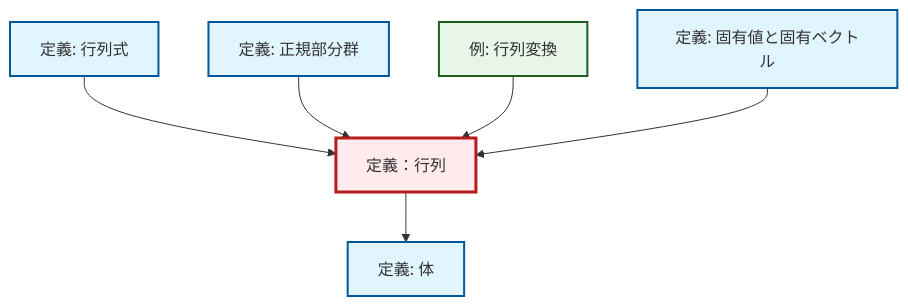
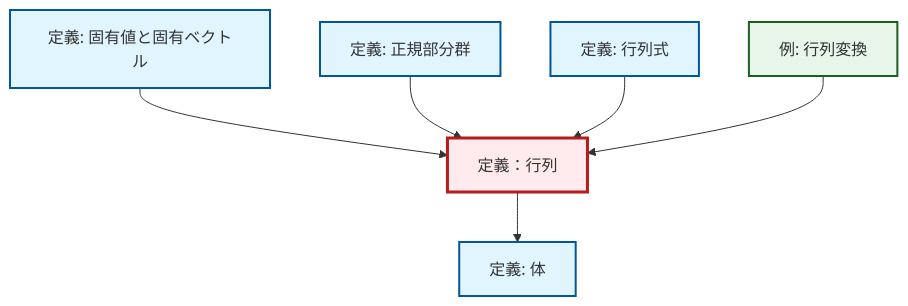
One commit to RK0429/ModernMath changed the diagram in content/ja/algebra/def-matrix.qmd. Above: the diagram before and after it, drawn with Mermaid. The commit also changed 672 other files, not shown here.

````diff
--- a/content/ja/algebra/def-matrix.qmd
+++ b/content/ja/algebra/def-matrix.qmd
@@ -60,26 +60,26 @@
 ```{mermaid}
-%%| fig-cap: "Local dependency graph"
+%%| fig-cap: "ローカル依存関係グラフ"
 graph TD
     classDef definition fill:#e1f5fe,stroke:#01579b,stroke-width:2px
     classDef theorem fill:#f3e5f5,stroke:#4a148c,stroke-width:2px
     classDef axiom fill:#fff3e0,stroke:#e65100,stroke-width:2px
     classDef example fill:#e8f5e9,stroke:#1b5e20,stroke-width:2px
     classDef current fill:#ffebee,stroke:#b71c1c,stroke-width:3px
-    def-field["定義: 体"]:::definition
+    def-normal-subgroup["定義: 正規部分群"]:::definition
+    def-determinant["定義: 行列式"]:::definition
     def-eigenvalue-eigenvector["定義: 固有値と固有ベクトル"]:::definition
     def-matrix["定義：行列"]:::definition
-    def-normal-subgroup["定義: 正規部分群"]:::definition
-    def-determinant["定義: 行列式"]:::definition
+    def-field["定義: 体"]:::definition
     ex-matrix-transformation["例: 行列変換"]:::example
-    def-determinant --> def-matrix
-    def-normal-subgroup --> def-matrix
-    ex-matrix-transformation --> def-matrix
     def-eigenvalue-eigenvector --> def-matrix
     def-matrix --> def-field
+    def-normal-subgroup --> def-matrix
+    def-determinant --> def-matrix
+    ex-matrix-transformation --> def-matrix
     class def-matrix current
-    click def-field "def-field.html" "体の定義へ"
-    click def-eigenvalue-eigenvector "def-eigenvalue-eigenvector.html" "固有値と固有ベクトルの定義へ"
     click def-normal-subgroup "def-normal-subgroup.html" "正規部分群の定義へ"
     click def-determinant "def-determinant.html" "行列式の定義へ"
+    click def-eigenvalue-eigenvector "def-eigenvalue-eigenvector.html" "固有値と固有ベクトルの定義へ"
+    click def-field "def-field.html" "体の定義へ"
     click ex-matrix-transformation "ex-matrix-transformation.html" "行列変換の例へ"
 ```
````
